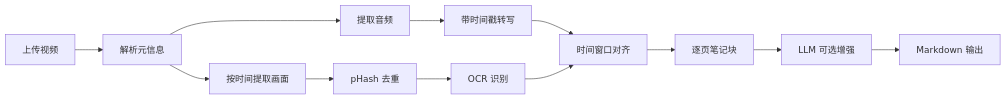
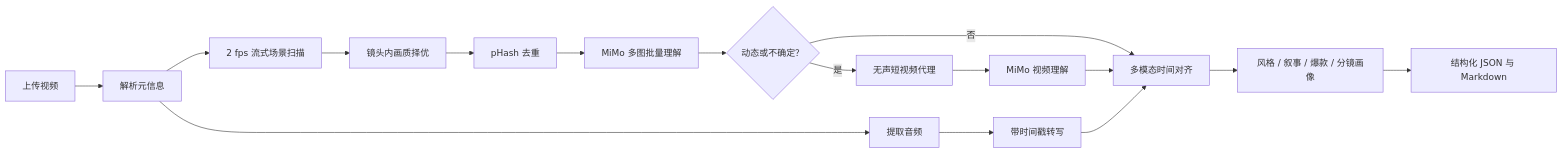
The second of 3 diagrams in README.md (guyue356/SnapNote), drawn with Mermaid before and after one commit. The commit also changed other lines of this file and 2 other files, not shown here.

````diff
--- a/README.md
+++ b/README.md
@@ -268,14 +271,18 @@
 ```mermaid
 flowchart LR
     Upload["上传视频"] --> Probe["解析元信息"]
     Probe --> Audio["提取音频"]
     Audio --> ASR["带时间戳转写"]
-    Probe --> Frames["按时间提取画面"]
+    Probe --> Scan["2 fps 流式场景扫描"]
+    Scan --> Frames["镜头内画质择优"]
     Frames --> Dedup["pHash 去重"]
-    Dedup --> OCR["OCR 识别"]
-    ASR --> Align["时间窗口对齐"]
-    OCR --> Align
-    Align --> Blocks["逐页笔记块"]
-    Blocks --> Enhance["LLM 可选增强"]
-    Enhance --> Markdown["Markdown 输出"]
+    Dedup --> Images["MiMo 多图批量理解"]
+    Images --> Decision{"动态或不确定？"}
+    Decision -->|"是"| Proxy["无声短视频代理"]
+    Proxy --> VideoAI["MiMo 视频理解"]
+    Decision -->|"否"| Align["多模态时间对齐"]
+    VideoAI --> Align
+    ASR --> Align
+    Align --> Profile["风格 / 叙事 / 爆款 / 分镜画像"]
+    Profile --> Markdown["结构化 JSON 与 Markdown"]
 ```
````
